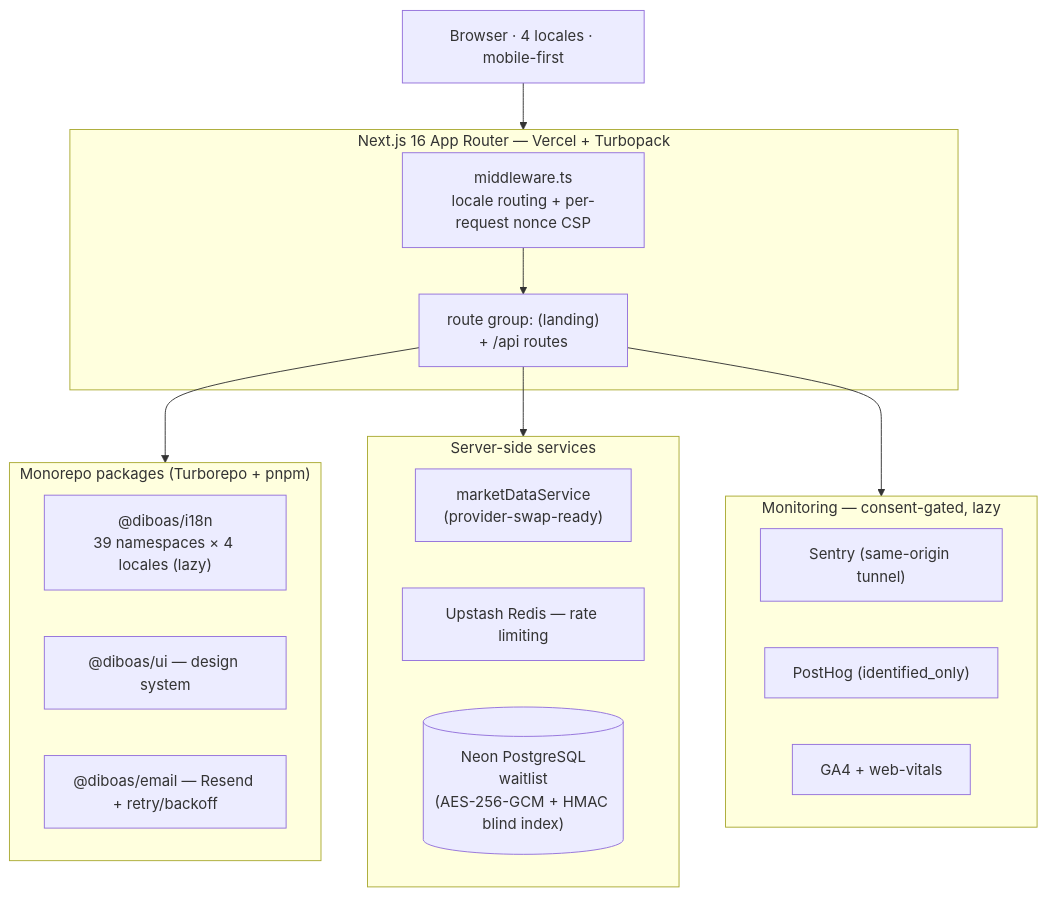
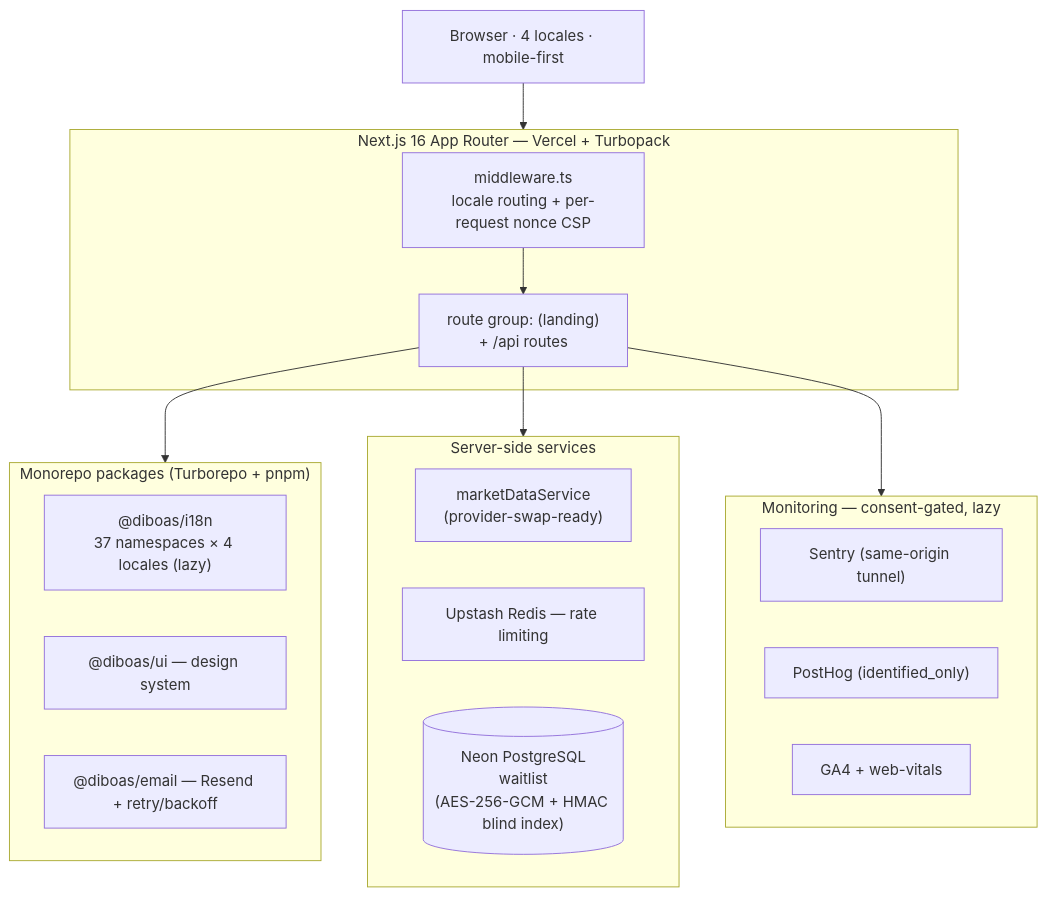
One commit to bribeirobr25/diboas-platform changed the diagram in README.md. Above: the diagram before and after it, drawn with Mermaid. The commit also changed other lines of this file and 156 other files, not shown here.

````diff
--- a/README.md
+++ b/README.md
@@ -31,32 +31,32 @@
 ```mermaid
 flowchart TD
   Client["Browser · 4 locales · mobile-first"] --> Edge
 
   subgraph Edge["Next.js 16 App Router — Vercel + Turbopack"]
     MW["middleware.ts<br/>locale routing + per-request nonce CSP"]
     Pages["route group: (landing)<br/>+ /api routes"]
     MW --> Pages
   end
 
   subgraph Packages["Monorepo packages (Turborepo + pnpm)"]
-    I18N["@diboas/i18n<br/>39 namespaces × 4 locales (lazy)"]
+    I18N["@diboas/i18n<br/>37 namespaces × 4 locales (lazy)"]
     UI["@diboas/ui — design system"]
     EMAIL["@diboas/email — Resend + retry/backoff"]
   end
 
   subgraph Services["Server-side services"]
     MD["marketDataService<br/>(provider-swap-ready)"]
     RL["Upstash Redis — rate limiting"]
     DB[("Neon PostgreSQL<br/>waitlist<br/>(AES-256-GCM + HMAC blind index)")]
   end
 
   subgraph Obs["Monitoring — consent-gated, lazy"]
     SENTRY["Sentry (same-origin tunnel)"]
     PH["PostHog (identified_only)"]
     GA["GA4 + web-vitals"]
   end
 
   Pages --> Packages
   Pages --> Services
   Pages --> Obs
 ```
````
